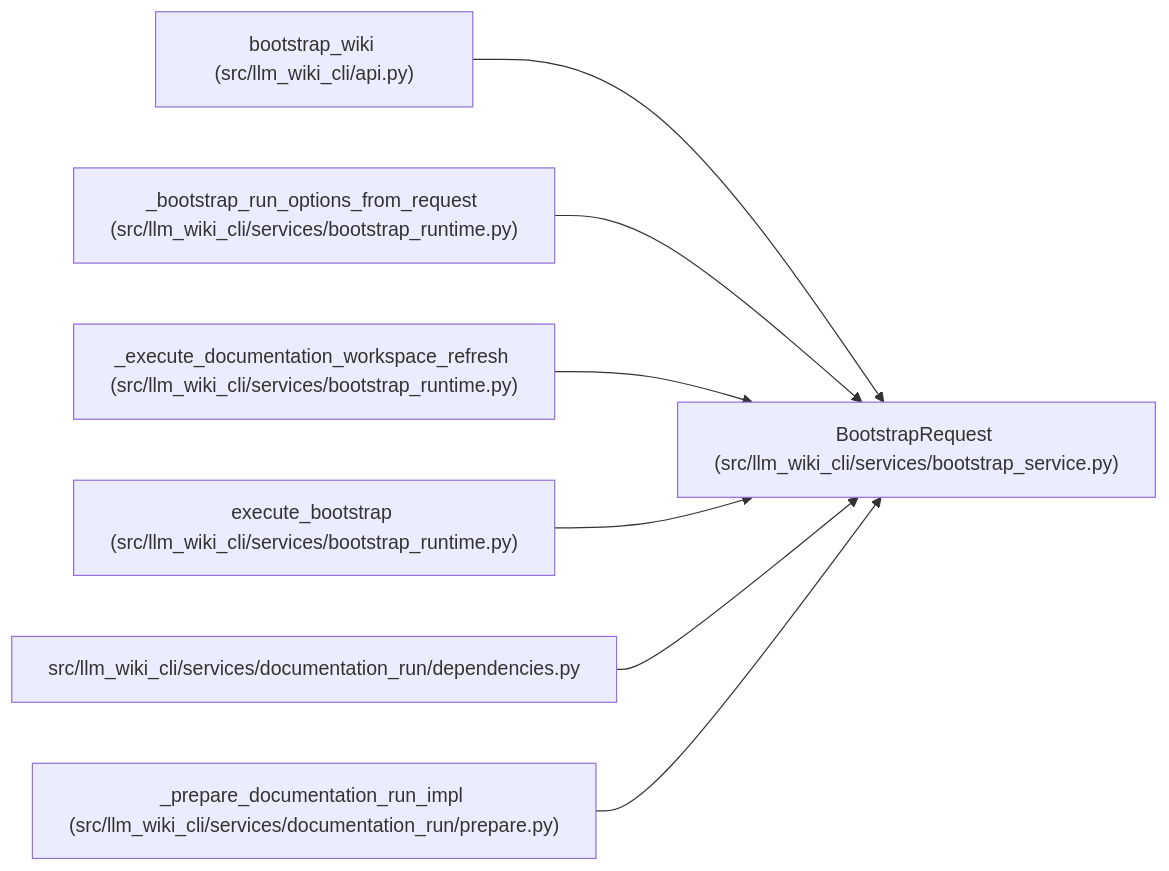
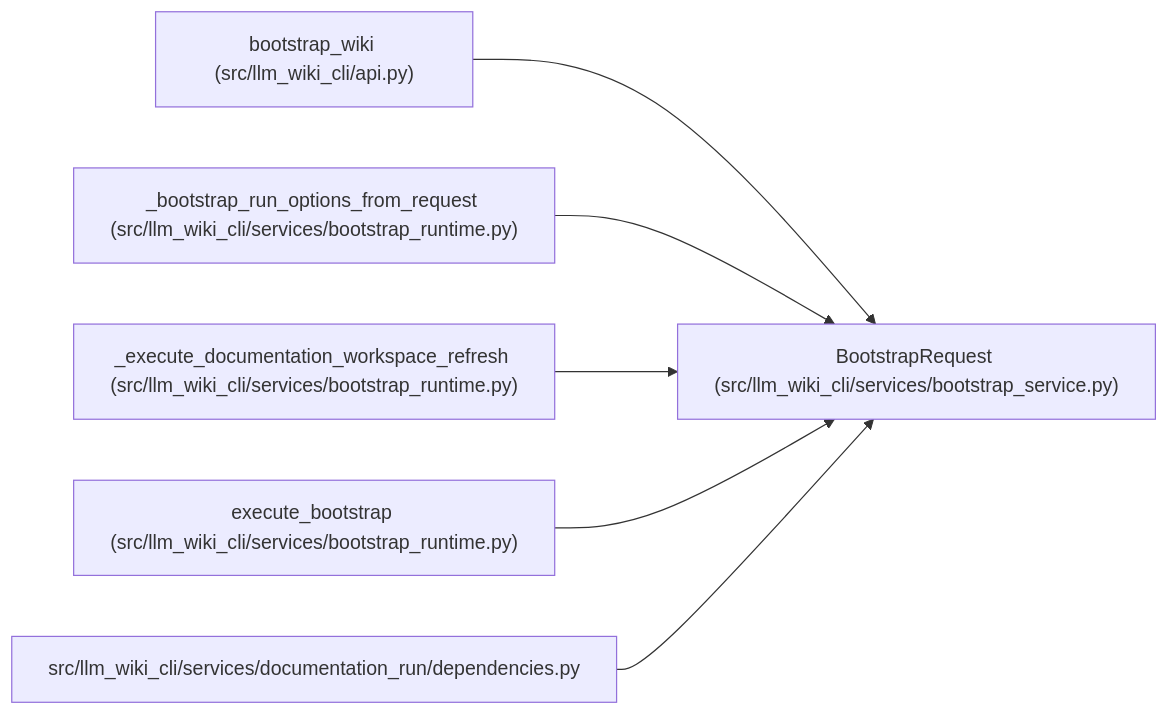
One commit to Denissvgn/python-wiki-llm changed the diagram in docs/llm_wiki/entities/BootstrapRequest.md. Above: the diagram before and after it, drawn with Mermaid. The commit also changed other lines of this file and 719 other files, not shown here.

````diff
--- a/docs/llm_wiki/entities/BootstrapRequest.md
+++ b/docs/llm_wiki/entities/BootstrapRequest.md
@@ -50,23 +50,20 @@
 ```mermaid
 flowchart LR
     n0["BootstrapRequest (src/llm_wiki_cli/services/bootstrap_service.py)"]
     n1["bootstrap_wiki (src/llm_wiki_cli/api.py)"]
     n2["_bootstrap_run_options_from_request (src/llm_wiki_cli/services/bootstrap_runtime.py)"]
     n3["_execute_documentation_workspace_refresh (src/llm_wiki_cli/services/bootstrap_runtime.py)"]
     n4["execute_bootstrap (src/llm_wiki_cli/services/bootstrap_runtime.py)"]
     n5["src/llm_wiki_cli/services/documentation_run/dependencies.py"]
-    n6["_prepare_documentation_run_impl (src/llm_wiki_cli/services/documentation_run/prepare.py)"]
     n1 --> n0
     n2 --> n0
     n3 --> n0
     n4 --> n0
     n5 --> n0
-    n6 --> n0
     click n0 "../modules/bootstrap_service.md"
     click n1 "../modules/api.md"
     click n2 "../modules/bootstrap_runtime.md"
     click n3 "../modules/bootstrap_runtime.md"
     click n4 "../modules/bootstrap_runtime.md"
     click n5 "../modules/documentation_run_dependencies.md"
-    click n6 "../modules/prepare.md"
 ```
````
